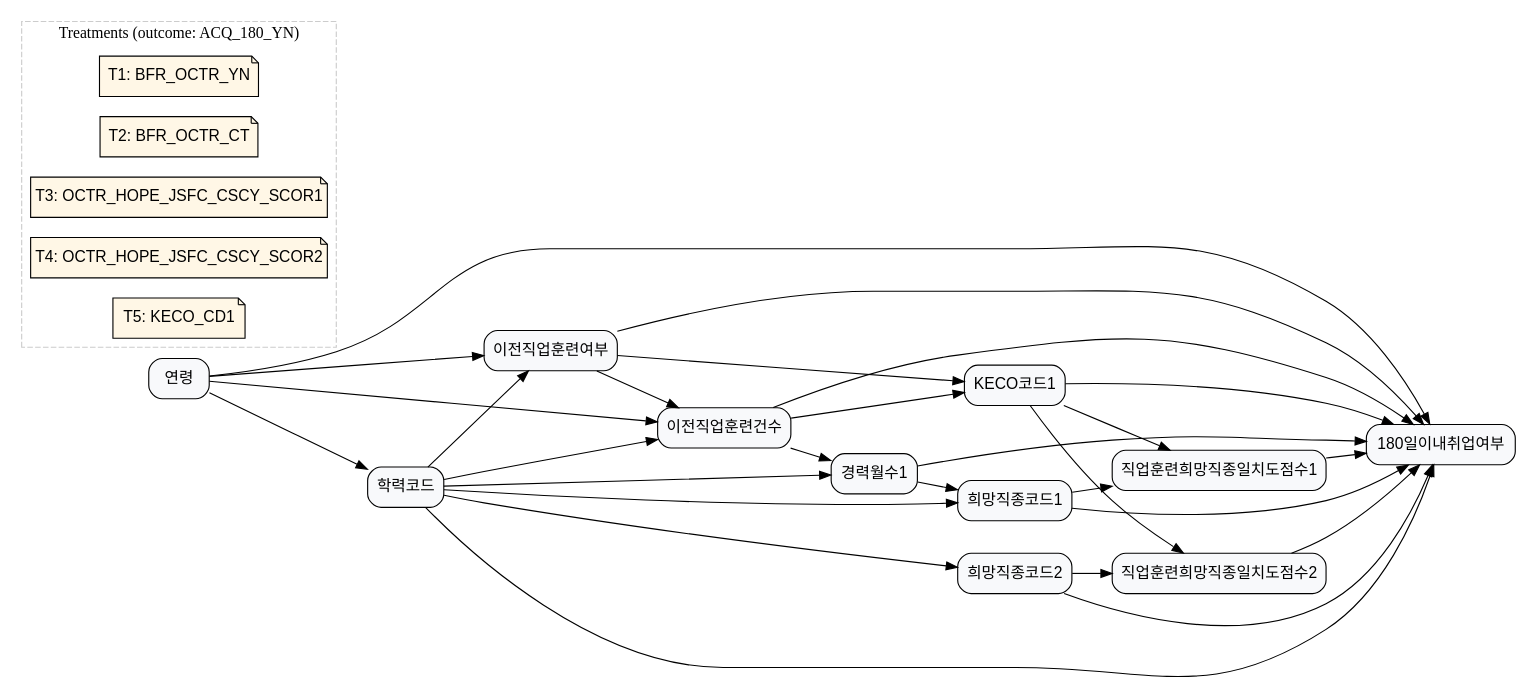
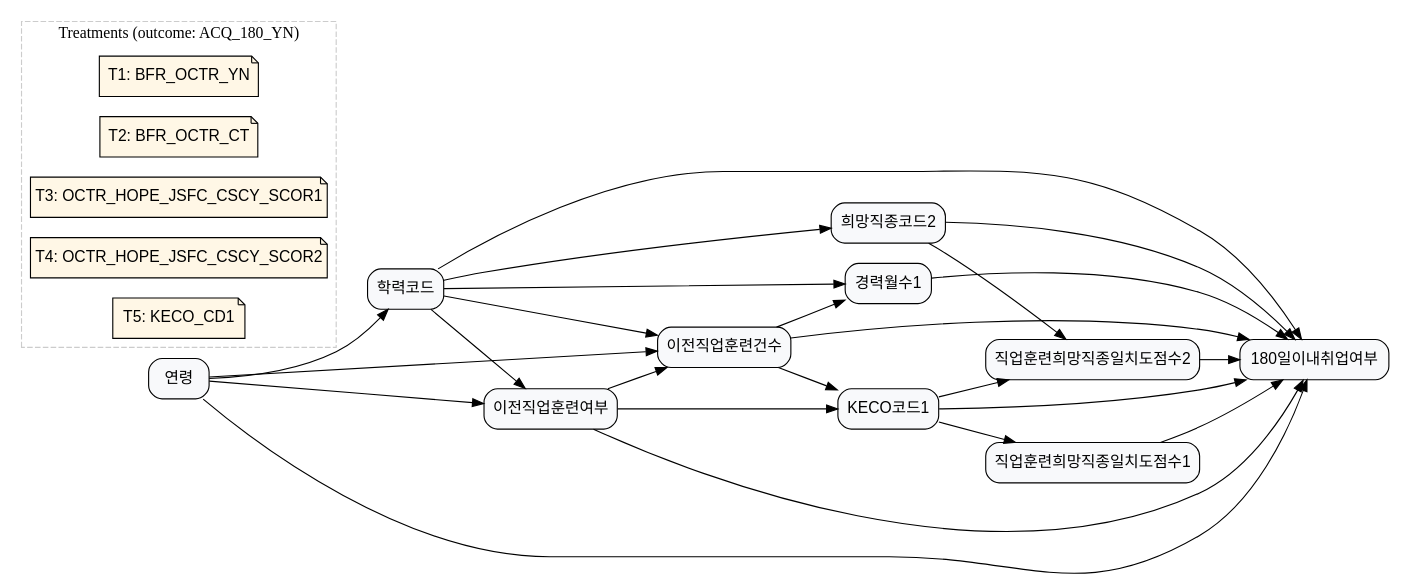
Before and after one commit to KU-LIM-Lab/dowhy-deep: the diagram in laborlab_2/data/graph_data/graph_15.dot, drawn with Graphviz. The commit also changed 12 other files, not shown here.

Commit message:
graphs updated

```diff
--- a/laborlab_2/data/graph_data/graph_15.dot
+++ b/laborlab_2/data/graph_data/graph_15.dot
@@ -1,98 +1,93 @@
 digraph {
     rankdir=LR;
     node [shape=box, style="rounded,filled", fillcolor="#F8F9FB", fontname="Helvetica"];
 
     ACCR_CD [label="학력코드"];
     ACQ_180_YN [label="180일이내취업여부"];
     AGE [label="연령"];
     BFR_OCTR_CT [label="이전직업훈련건수"];
     BFR_OCTR_YN [label="이전직업훈련여부"];
     CARR_MYCT1 [label="경력월수1"];
-    HOPE_JSCD1 [label="희망직종코드1"];
     HOPE_JSCD2 [label="희망직종코드2"];
     KECO_CD1 [label="KECO코드1"];
     OCTR_HOPE_JSFC_CSCY_SCOR1 [label="직업훈련희망직종일치도점수1"];
     OCTR_HOPE_JSFC_CSCY_SCOR2 [label="직업훈련희망직종일치도점수2"];
 
     AGE -> ACCR_CD;
     AGE -> BFR_OCTR_YN;
     AGE -> BFR_OCTR_CT;
     ACCR_CD -> BFR_OCTR_YN;
     ACCR_CD -> BFR_OCTR_CT;
     ACCR_CD -> CARR_MYCT1;
-    ACCR_CD -> HOPE_JSCD1;
     ACCR_CD -> HOPE_JSCD2;
     BFR_OCTR_YN -> BFR_OCTR_CT;
     BFR_OCTR_YN -> KECO_CD1;
     BFR_OCTR_CT -> KECO_CD1;
     KECO_CD1 -> OCTR_HOPE_JSFC_CSCY_SCOR1;
     KECO_CD1 -> OCTR_HOPE_JSFC_CSCY_SCOR2;
-    HOPE_JSCD1 -> OCTR_HOPE_JSFC_CSCY_SCOR1;
     HOPE_JSCD2 -> OCTR_HOPE_JSFC_CSCY_SCOR2;
     BFR_OCTR_CT -> CARR_MYCT1;
-    CARR_MYCT1 -> HOPE_JSCD1;
     BFR_OCTR_YN -> ACQ_180_YN;
     BFR_OCTR_CT -> ACQ_180_YN;
     OCTR_HOPE_JSFC_CSCY_SCOR1 -> ACQ_180_YN;
     OCTR_HOPE_JSFC_CSCY_SCOR2 -> ACQ_180_YN;
     KECO_CD1 -> ACQ_180_YN;
     CARR_MYCT1 -> ACQ_180_YN;
-    HOPE_JSCD1 -> ACQ_180_YN;
     HOPE_JSCD2 -> ACQ_180_YN;
     AGE -> ACQ_180_YN;
     ACCR_CD -> ACQ_180_YN;
 
     // Treatments
     subgraph cluster_treatments {
         label="Treatments (outcome: ACQ_180_YN)";
         style=dashed;
         color="#CCCCCC";
         node [shape=note, style="rounded,filled", fillcolor="#FFF7E6", fontname="Helvetica"];
 
         T1 [
             label="T1: BFR_OCTR_YN",
             role="treatment_meta",
             treatment_var="BFR_OCTR_YN",
             treatment_name="BFR_OCTR_YN",
             treatment_def="이전직업훈련여부(BFR_OCTR_YN) 수준 차이가 ACQ_180_YN(180일이내취업여부)에 미치는 인과효과",
             treatment_question="이전직업훈련여부(BFR_OCTR_YN) 수준이 다른 구직자들의 6개월 내 취업 확률은 얼마나 다른가?"
         ];
 
         T2 [
             label="T2: BFR_OCTR_CT",
             role="treatment_meta",
             treatment_var="BFR_OCTR_CT",
             treatment_name="BFR_OCTR_CT",
             treatment_def="이전직업훈련건수(BFR_OCTR_CT) 수준 차이가 ACQ_180_YN(180일이내취업여부)에 미치는 인과효과",
             treatment_question="이전직업훈련건수(BFR_OCTR_CT) 수준이 다른 구직자들의 6개월 내 취업 확률은 얼마나 다른가?"
         ];
 
         T3 [
             label="T3: OCTR_HOPE_JSFC_CSCY_SCOR1",
             role="treatment_meta",
             treatment_var="OCTR_HOPE_JSFC_CSCY_SCOR1",
             treatment_name="OCTR_HOPE_JSFC_CSCY_SCOR1",
             treatment_def="직업훈련희망직종일치도점수1(OCTR_HOPE_JSFC_CSCY_SCOR1) 수준 차이가 ACQ_180_YN(180일이내취업여부)에 미치는 인과효과",
             treatment_question="직업훈련희망직종일치도점수1(OCTR_HOPE_JSFC_CSCY_SCOR1) 수준이 다른 구직자들의 6개월 내 취업 확률은 얼마나 다른가?"
         ];
 
         T4 [
             label="T4: OCTR_HOPE_JSFC_CSCY_SCOR2",
             role="treatment_meta",
             treatment_var="OCTR_HOPE_JSFC_CSCY_SCOR2",
             treatment_name="OCTR_HOPE_JSFC_CSCY_SCOR2",
             treatment_def="직업훈련희망직종일치도점수2(OCTR_HOPE_JSFC_CSCY_SCOR2) 수준 차이가 ACQ_180_YN(180일이내취업여부)에 미치는 인과효과",
             treatment_question="직업훈련희망직종일치도점수2(OCTR_HOPE_JSFC_CSCY_SCOR2) 수준이 다른 구직자들의 6개월 내 취업 확률은 얼마나 다른가?"
         ];
 
         T5 [
             label="T5: KECO_CD1",
             role="treatment_meta",
             treatment_var="KECO_CD1",
             treatment_name="KECO_CD1",
             treatment_def="KECO코드1(KECO_CD1) 수준 차이가 ACQ_180_YN(180일이내취업여부)에 미치는 인과효과",
             treatment_question="KECO코드1(KECO_CD1) 수준이 다른 구직자들의 6개월 내 취업 확률은 얼마나 다른가?"
         ];
 
     }
 }
```
